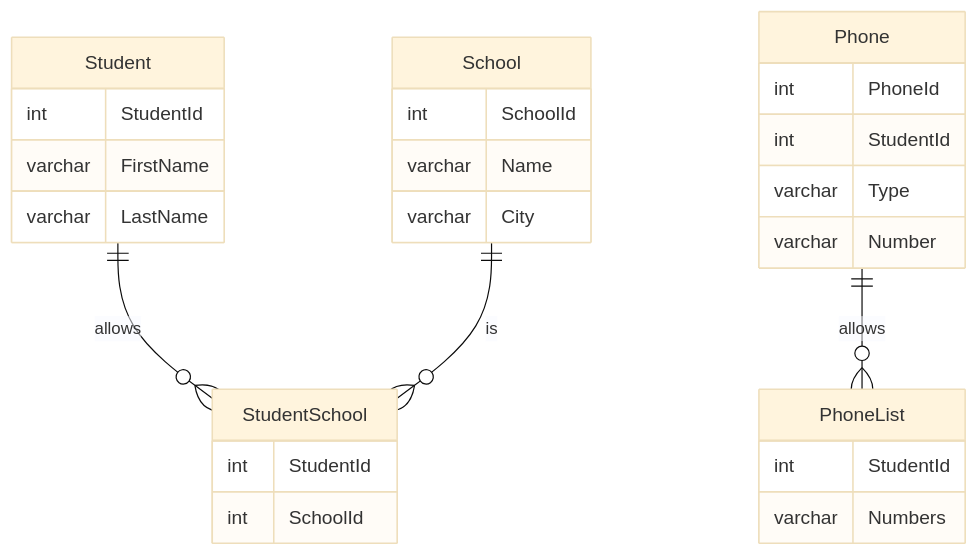
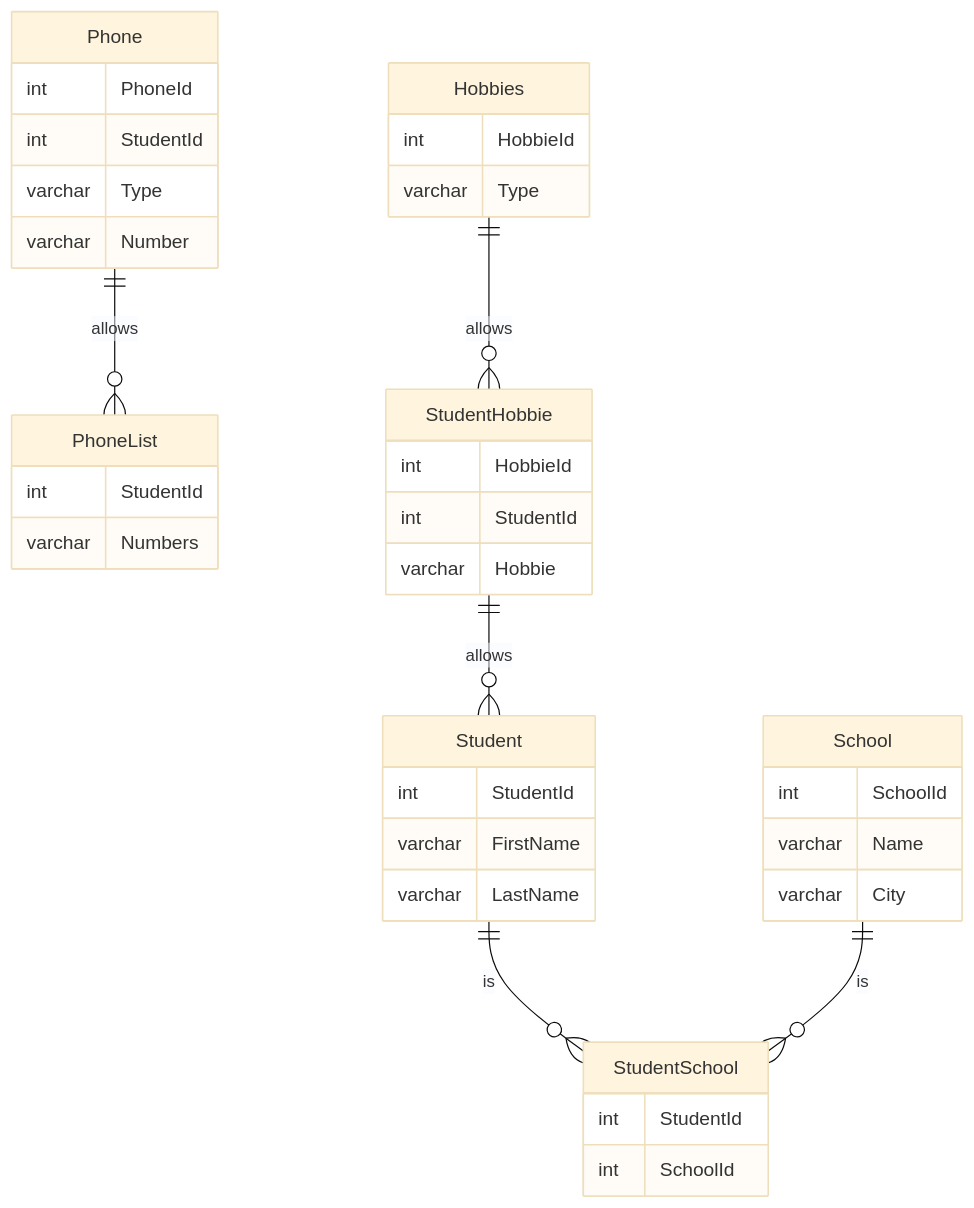
One commit to Ensosense/db-poject-2022 changed the diagram in README.md. Above: the diagram before and after it, drawn with Mermaid (base theme).

Commit message:
Update README.md
created StudentHobbie table

````diff
--- a/README.md
+++ b/README.md
@@ -3,36 +3,49 @@
 ```mermaid
 erDiagram
 
 
-Student ||--o{ StudentSchool : allows
+Student ||--o{ StudentSchool : is
 Student {
   int StudentId
   varchar FirstName
   varchar LastName
 }
 School ||--o{ StudentSchool : is
 School {
   int SchoolId
   varchar Name
   varchar City
 }
 
 
 StudentSchool { 
 int StudentId
 int SchoolId
 }
 
 Phone || --o{ PhoneList : allows
 Phone {
 int PhoneId
 int StudentId
 varchar Type
 varchar Number
 }
 PhoneList {
 int StudentId
 varchar Numbers
 }
 
+
+Hobbies || --o{ StudentHobbie : allows
+Hobbies {
+int HobbieId
+varchar Type
+}
+StudentHobbie || --o{ Student : allows
+StudentHobbie {
+int HobbieId
+int StudentId
+varchar Hobbie
+}
+
 ```
````
